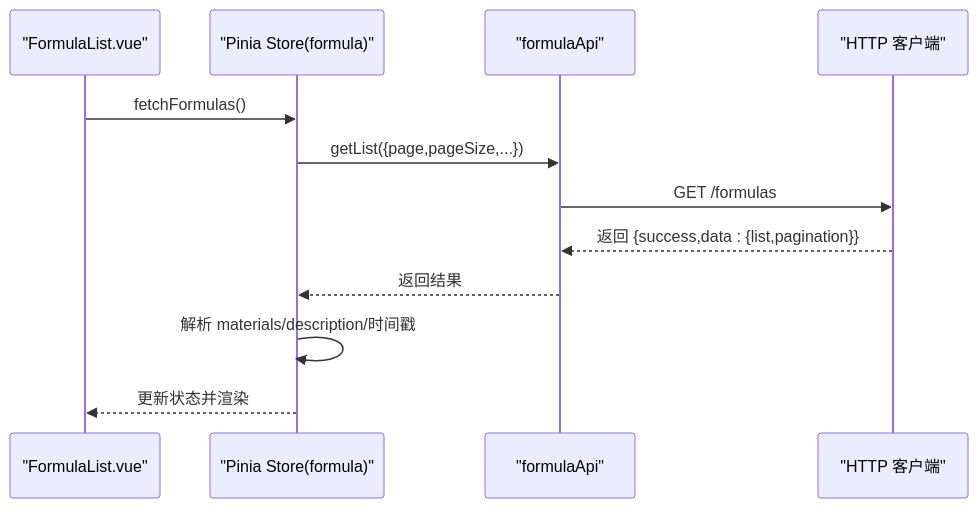
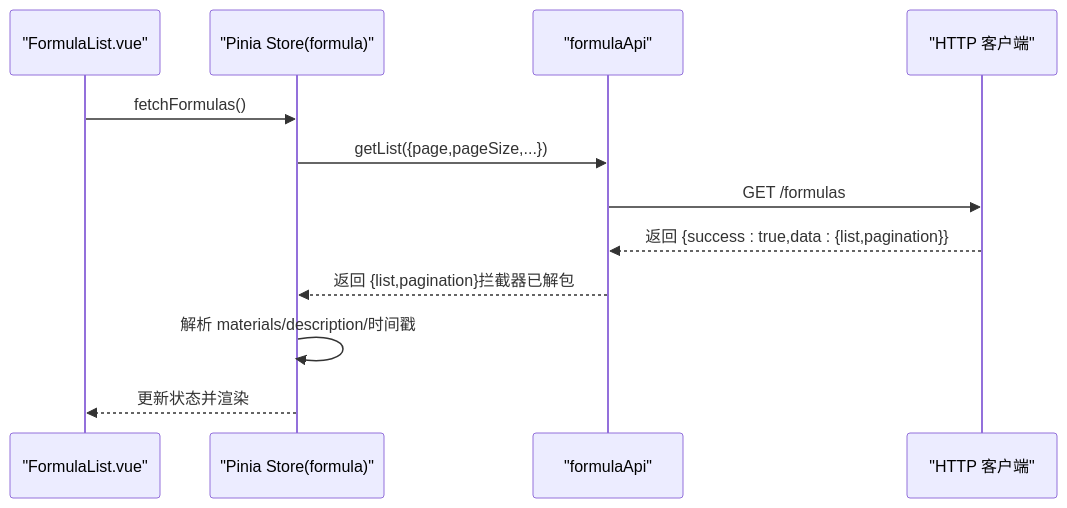
One commit to xpretycn/TingStudio changed the fifth of 6 diagrams in .qoder/repowiki/zh/content/前端开发指南/API 客户端集成.md. Above: the diagram before and after it, drawn with Mermaid. The commit also changed other lines of this file and 56 other files, not shown here.

````diff
--- a/.qoder/repowiki/zh/content/前端开发指南/API 客户端集成.md
+++ b/.qoder/repowiki/zh/content/前端开发指南/API 客户端集成.md
@@ -219,14 +234,14 @@
 ```mermaid
 sequenceDiagram
 participant L as "FormulaList.vue"
 participant FS as "Pinia Store(formula)"
 participant FA as "formulaApi"
 participant H as "HTTP 客户端"
 L->>FS : fetchFormulas()
 FS->>FA : getList({page,pageSize,...})
 FA->>H : GET /formulas
-H-->>FA : 返回 {success,data : {list,pagination}}
-FA-->>FS : 返回结果
+H-->>FA : 返回 {success : true,data : {list,pagination}}
+FA-->>FS : 返回 {list,pagination}拦截器已解包
 FS->>FS : 解析 materials/description/时间戳
 FS-->>L : 更新状态并渲染
 ```
````
